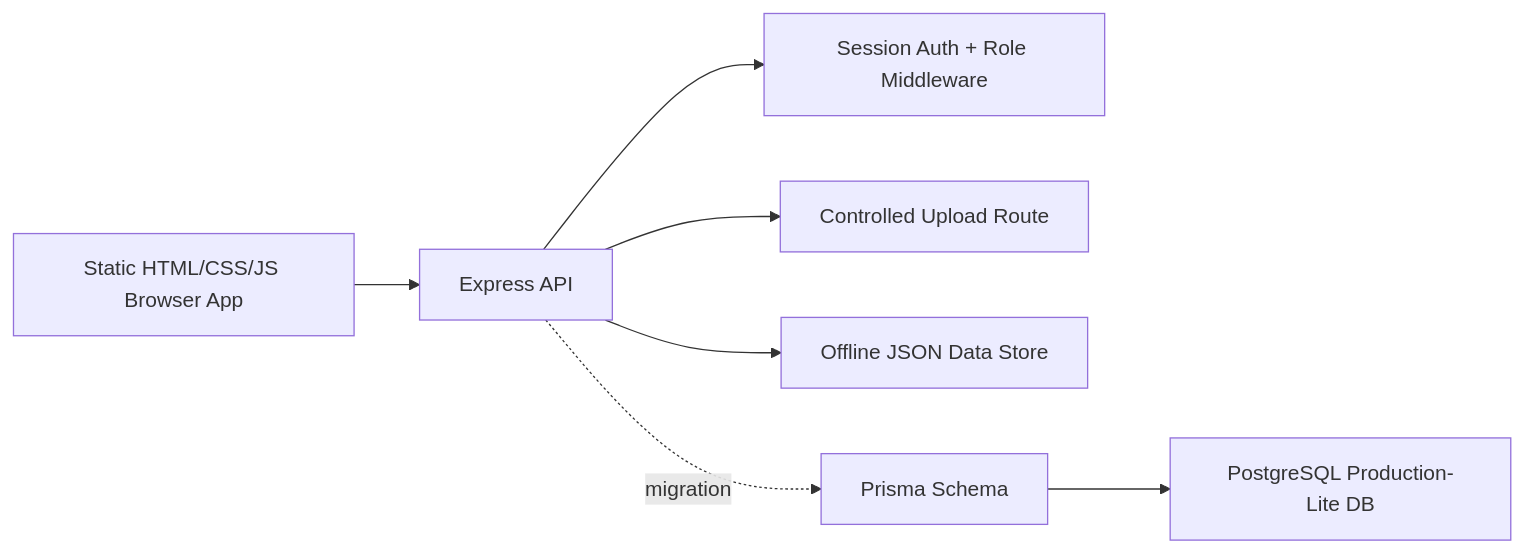
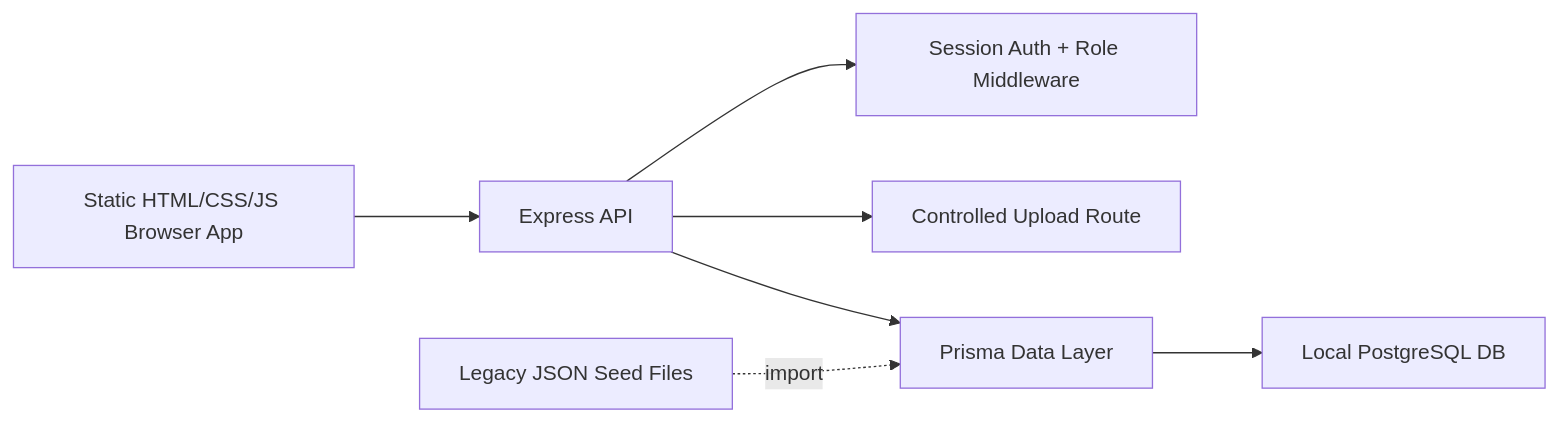
One commit to Paarth0809/FBLA2026 changed the first of 2 diagrams in docs/ARCHITECTURE.md. Above: the diagram before and after it, drawn with Mermaid. The commit also changed other lines of this file and 31 other files, not shown here.

Commit message:
feat: migrate persistence and auth flow to local PostgreSQL via Prisma

````diff
--- a/docs/ARCHITECTURE.md
+++ b/docs/ARCHITECTURE.md
@@ -5,9 +5,9 @@
 ```mermaid
 flowchart LR
   Browser["Static HTML/CSS/JS Browser App"] --> API["Express API"]
   API --> Auth["Session Auth + Role Middleware"]
   API --> Uploads["Controlled Upload Route"]
-  API --> JSON["Offline JSON Data Store"]
-  API -. migration .-> Prisma["Prisma Schema"]
-  Prisma --> Postgres["PostgreSQL Production-Lite DB"]
+  API --> Prisma["Prisma Data Layer"]
+  Prisma --> Postgres["Local PostgreSQL DB"]
+  JSON["Legacy JSON Seed Files"] -. import .-> Prisma
 ```
````
